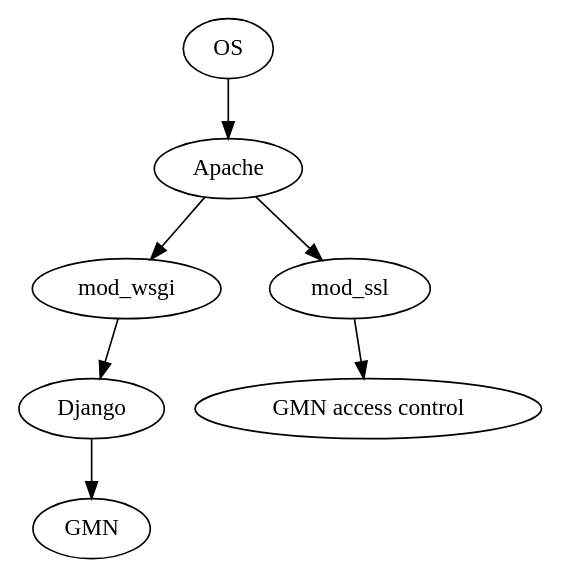
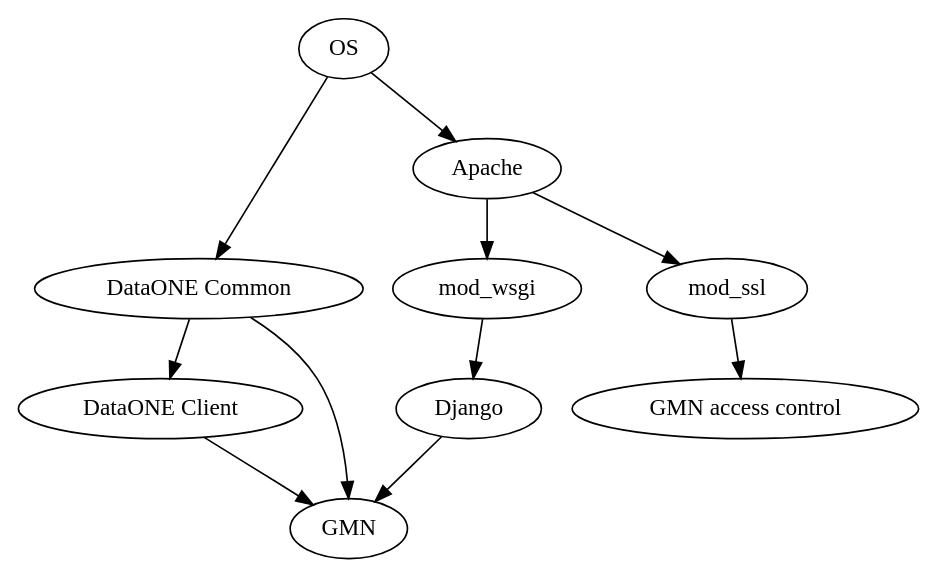
One commit to DataONEorg/d1_python changed the diagram in d1_mn_generic/doc/source/setup-overview.rst. Above: the diagram before and after it, drawn with Graphviz. The commit also changed other lines of this file and 47 other files, not shown here.

```diff
--- a/d1_mn_generic/doc/source/setup-overview.rst
+++ b/d1_mn_generic/doc/source/setup-overview.rst
@@ -13,6 +13,8 @@
 .. graphviz::
 
   digraph G {
+    OS -> "DataONE Common" -> "DataONE Client" -> GMN;
+    "DataONE Common" -> GMN;
     OS -> Apache -> mod_wsgi -> Django -> GMN;
     Apache -> mod_ssl -> "GMN access control";
   }
```
